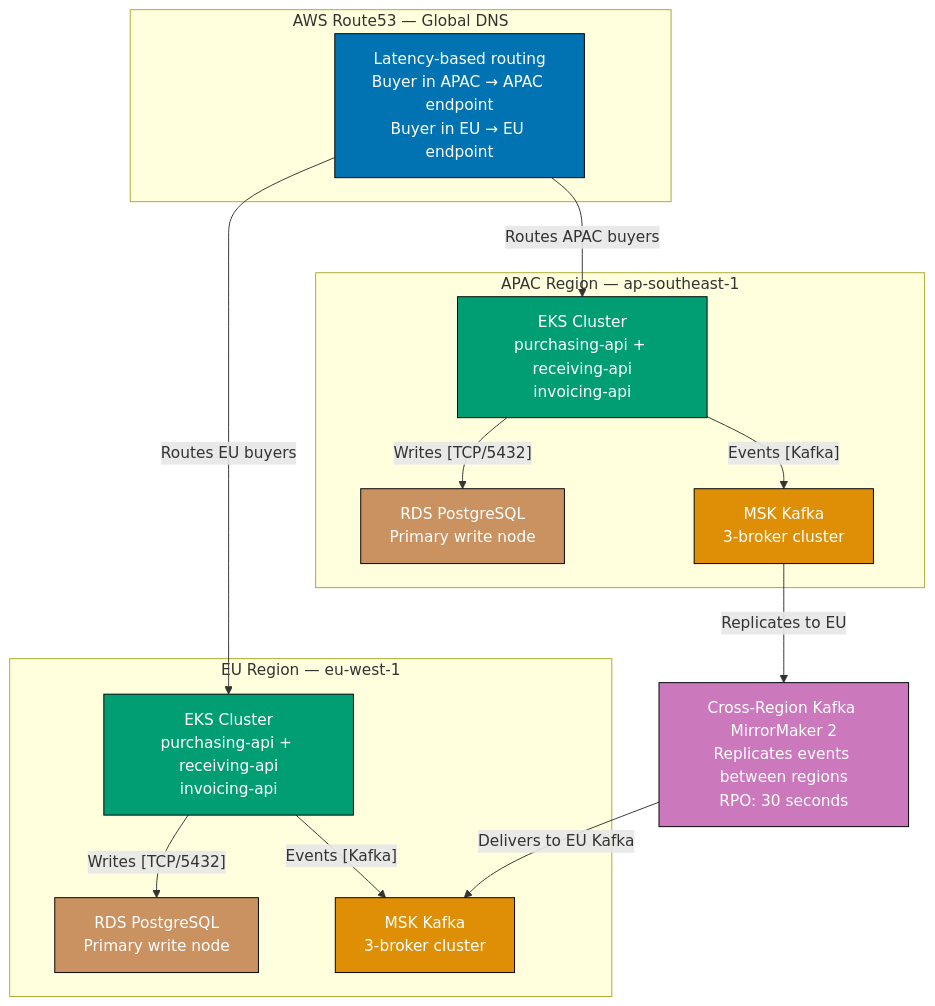
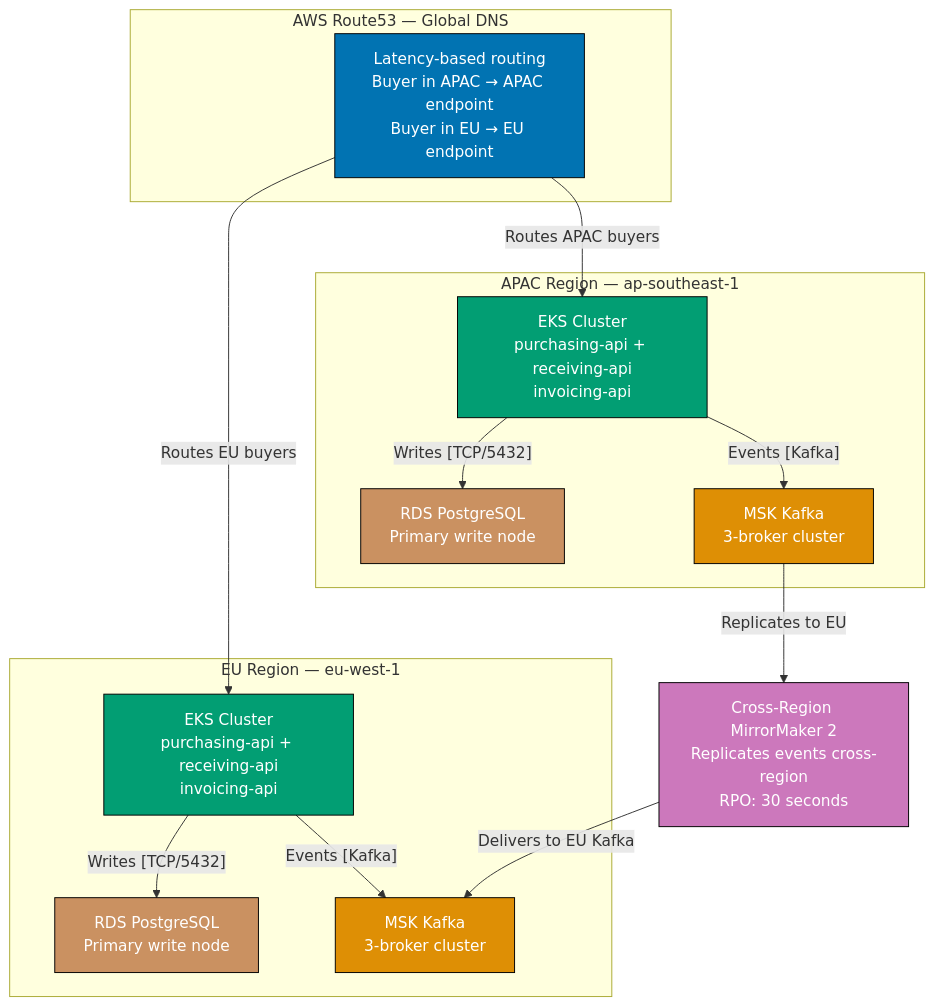
One commit to wahidyankf/baseerah changed diagram 21 of 25 in apps/ayokoding-www/content/en/learn/software-engineering/software-architecture/c4-model/by-example/advanced.md. Above: the diagram before and after it, drawn with Mermaid. The commit also changed other lines of this file and 88 other files, not shown here.

First line of the commit message:
fix(ayokoding-www): resolve pre-existing Mermaid violations, exclude fixtures/plans-done

````diff
--- a/apps/ayokoding-www/content/en/learn/software-engineering/software-architecture/c4-model/by-example/advanced.md
+++ b/apps/ayokoding-www/content/en/learn/software-engineering/software-architecture/c4-model/by-example/advanced.md
@@ -968,38 +968,38 @@
 ```mermaid
 graph TD
     subgraph Route53["AWS Route53 — Global DNS"]
         DNS["Latency-based routing<br/>Buyer in APAC → APAC endpoint<br/>Buyer in EU → EU endpoint"]
     end
 
     subgraph APACRegion["APAC Region — ap-southeast-1"]
         APACCluster["EKS Cluster<br/>purchasing-api + receiving-api<br/>invoicing-api"]
         APACPostgres["RDS PostgreSQL<br/>Primary write node"]
         APACKafka["MSK Kafka<br/>3-broker cluster"]
     end
 
     subgraph EURegion["EU Region — eu-west-1"]
         EUCluster["EKS Cluster<br/>purchasing-api + receiving-api<br/>invoicing-api"]
         EUPostgres["RDS PostgreSQL<br/>Primary write node"]
         EUKafka["MSK Kafka<br/>3-broker cluster"]
     end
 
-    CrossRegionReplication["Cross-Region Kafka MirrorMaker 2<br/>Replicates events between regions<br/>RPO: 30 seconds"]
+    CrossRegionReplication["Cross-Region MirrorMaker 2<br/>Replicates events cross-region<br/>RPO: 30 seconds"]
 
     DNS -->|"Routes APAC buyers"| APACCluster
     DNS -->|"Routes EU buyers"| EUCluster
     APACCluster -->|"Writes [TCP/5432]"| APACPostgres
     APACCluster -->|"Events [Kafka]"| APACKafka
     EUCluster -->|"Writes [TCP/5432]"| EUPostgres
     EUCluster -->|"Events [Kafka]"| EUKafka
     APACKafka -->|"Replicates to EU"| CrossRegionReplication
     CrossRegionReplication -->|"Delivers to EU Kafka"| EUKafka
 
     style DNS fill:#0173B2,stroke:#000,color:#fff
     style APACCluster fill:#029E73,stroke:#000,color:#fff
     style EUCluster fill:#029E73,stroke:#000,color:#fff
     style APACPostgres fill:#CA9161,stroke:#000,color:#fff
     style EUPostgres fill:#CA9161,stroke:#000,color:#fff
     style APACKafka fill:#DE8F05,stroke:#000,color:#fff
     style EUKafka fill:#DE8F05,stroke:#000,color:#fff
     style CrossRegionReplication fill:#CC78BC,stroke:#000,color:#fff
 ```
````
